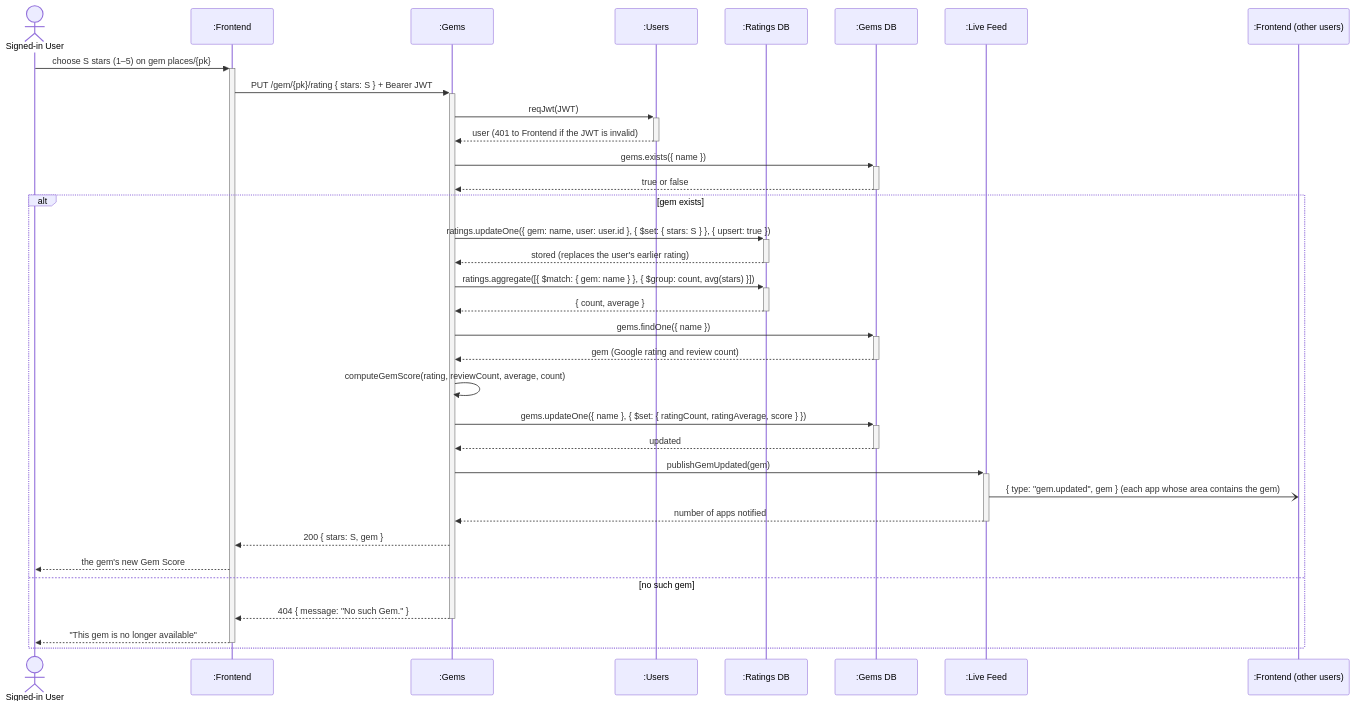
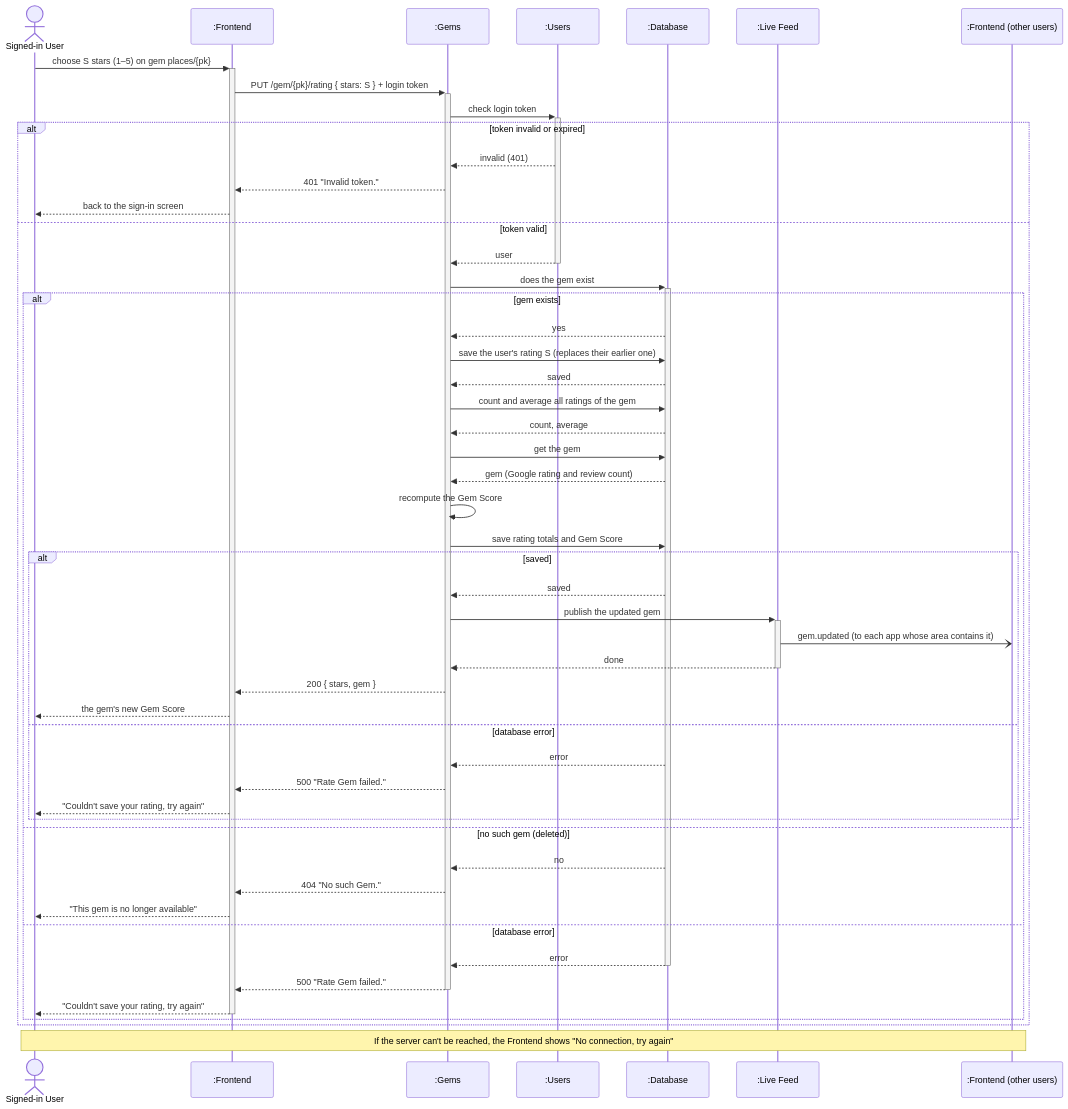
Before and after one commit to ubc-cpen-321-excavator/excavator: the diagram in documentation/diagrams/uc3_contribute_to_gemscore.mmd, drawn with Mermaid. The commit also changed 16 other files, not shown here.

Commit message:
docs: simplify diagrams and show every failure case

```diff
--- a/documentation/diagrams/uc3_contribute_to_gemscore.mmd
+++ b/documentation/diagrams/uc3_contribute_to_gemscore.mmd
@@ -1,35 +1,52 @@
 sequenceDiagram
   actor U as Signed-in User
   participant F as :Frontend
   participant G as :Gems
   participant US as :Users
-  participant RDB as :Ratings DB
-  participant GDB as :Gems DB
+  participant DB as :Database
   participant LF as :Live Feed
   participant OF as :Frontend (other users)
 
   U->>+F: choose S stars (1–5) on gem places/{pk}
-  F->>+G: PUT /gem/{pk}/rating { stars: S } + Bearer JWT
-  G->>+US: reqJwt(JWT)
-  US-->>-G: user (401 to Frontend if the JWT is invalid)
-  G->>+GDB: gems.exists({ name })
-  GDB-->>-G: true or false
-  alt gem exists
-    G->>+RDB: ratings.updateOne({ gem: name, user: user.id }, { $set: { stars: S } }, { upsert: true })
-    RDB-->>-G: stored (replaces the user's earlier rating)
-    G->>+RDB: ratings.aggregate([{ $match: { gem: name } }, { $group: count, avg(stars) }])
-    RDB-->>-G: { count, average }
-    G->>+GDB: gems.findOne({ name })
-    GDB-->>-G: gem (Google rating and review count)
-    G->>G: computeGemScore(rating, reviewCount, average, count)
-    G->>+GDB: gems.updateOne({ name }, { $set: { ratingCount, ratingAverage, score } })
-    GDB-->>-G: updated
-    G->>+LF: publishGemUpdated(gem)
-    LF-)OF: { type: "gem.updated", gem } (each app whose area contains the gem)
-    LF-->>-G: number of apps notified
-    G-->>F: 200 { stars: S, gem }
-    F-->>U: the gem's new Gem Score
-  else no such gem
-    G-->>-F: 404 { message: "No such Gem." }
-    F-->>-U: "This gem is no longer available"
+  F->>+G: PUT /gem/{pk}/rating { stars: S } + login token
+  G->>+US: check login token
+  alt token invalid or expired
+    US-->>G: invalid (401)
+    G-->>F: 401 "Invalid token."
+    F-->>U: back to the sign-in screen
+  else token valid
+    US-->>-G: user
+    G->>+DB: does the gem exist
+    alt gem exists
+      DB-->>G: yes
+      G->>DB: save the user's rating S (replaces their earlier one)
+      DB-->>G: saved
+      G->>DB: count and average all ratings of the gem
+      DB-->>G: count, average
+      G->>DB: get the gem
+      DB-->>G: gem (Google rating and review count)
+      G->>G: recompute the Gem Score
+      G->>DB: save rating totals and Gem Score
+      alt saved
+        DB-->>G: saved
+        G->>+LF: publish the updated gem
+        LF-)OF: gem.updated (to each app whose area contains it)
+        LF-->>-G: done
+        G-->>F: 200 { stars, gem }
+        F-->>U: the gem's new Gem Score
+      else database error
+        DB-->>G: error
+        G-->>F: 500 "Rate Gem failed."
+        F-->>U: "Couldn't save your rating, try again"
+      end
+    else no such gem (deleted)
+      DB-->>G: no
+      G-->>F: 404 "No such Gem."
+      F-->>U: "This gem is no longer available"
+    else database error
+      DB-->>-G: error
+      G-->>-F: 500 "Rate Gem failed."
+      F-->>-U: "Couldn't save your rating, try again"
+    end
   end
+  Note over U,OF: If the server can't be reached, the Frontend shows "No connection, try again"
```
